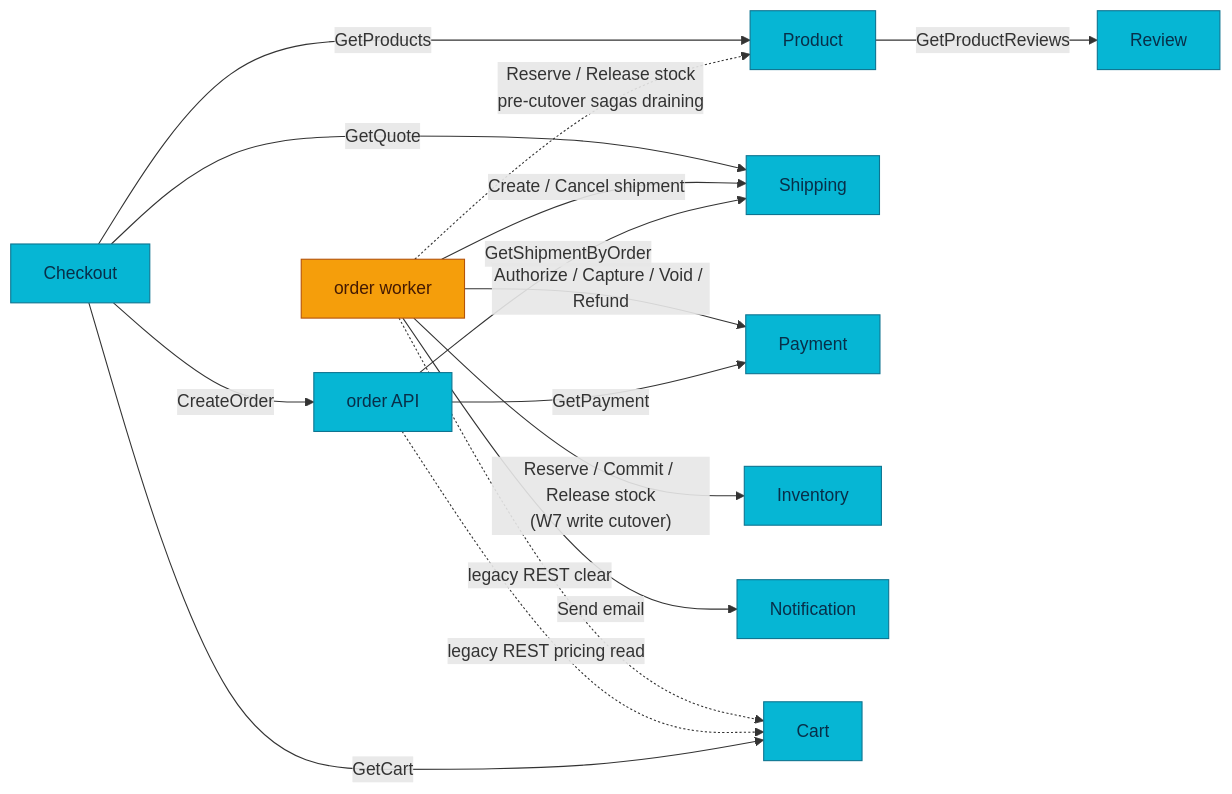
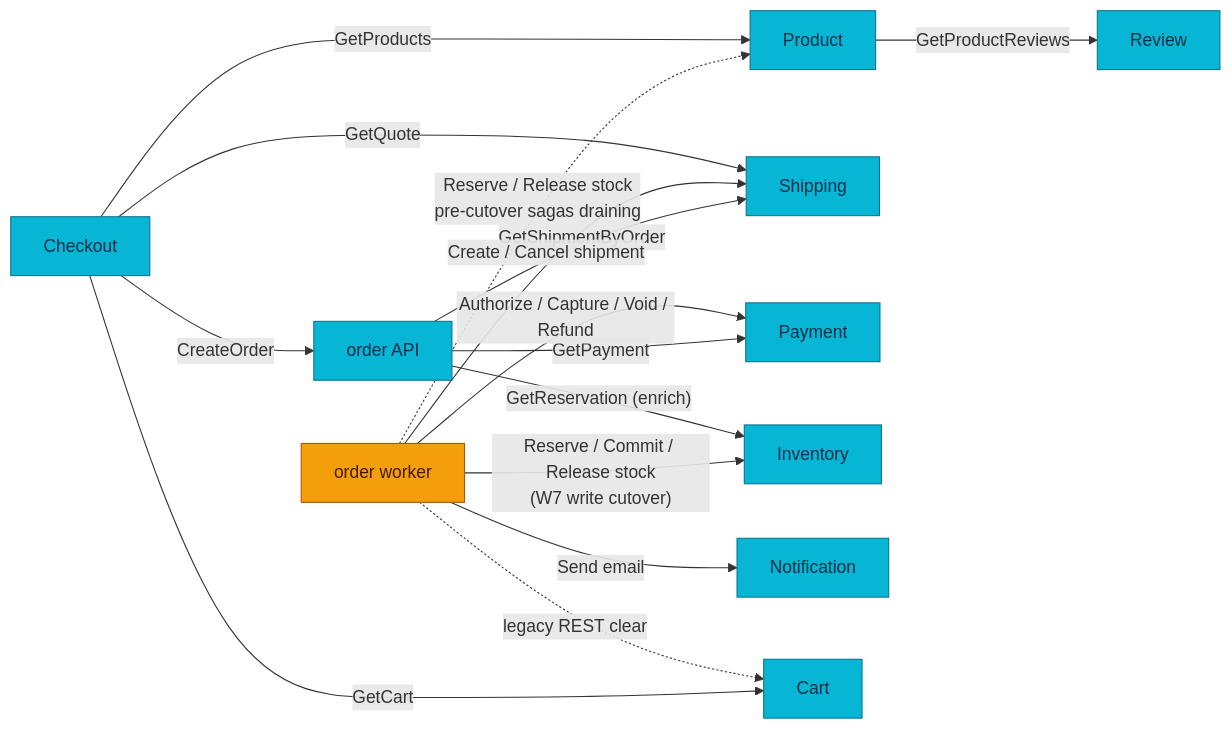
Before and after one commit to duynhlab/homelab: the fifth of 10 diagrams in docs/api/api.md, drawn with Mermaid. The commit also changed other lines of this file and 11 other files, not shown here.

````diff
--- a/docs/api/api.md
+++ b/docs/api/api.md
@@ -401,22 +401,22 @@
 ```mermaid
 flowchart LR
     Product -->|"GetProductReviews"| Review
     OrderAPI["order API"] -->|"GetShipmentByOrder"| Shipping
     OrderAPI -->|"GetPayment"| Payment
     Worker["order worker"] -->|"Reserve / Commit / Release stock<br/>(W7 write cutover)"| Inventory
     Worker -.->|"Reserve / Release stock<br/>pre-cutover sagas draining"| Product
     Worker -->|"Create / Cancel shipment"| Shipping
     Worker -->|"Send email"| Notification
     Worker -->|"Authorize / Capture / Void / Refund"| Payment
     Checkout -->|"GetCart"| Cart
     Checkout -->|"GetProducts"| Product
     Checkout -->|"GetQuote"| Shipping
     Checkout -->|"CreateOrder"| OrderAPI
-    OrderAPI -.->|"legacy REST pricing read"| Cart
+    OrderAPI -->|"GetReservation (enrich)"| Inventory
     Worker -.->|"legacy REST clear"| Cart
 
     classDef service fill:#06b6d4,color:#082f49,stroke:#0e7490;
     classDef worker fill:#f59e0b,color:#451a03,stroke:#b45309;
     class Product,Review,OrderAPI,Shipping,Payment,Notification,Checkout,Cart,Inventory service;
     class Worker worker;
 ```
````
